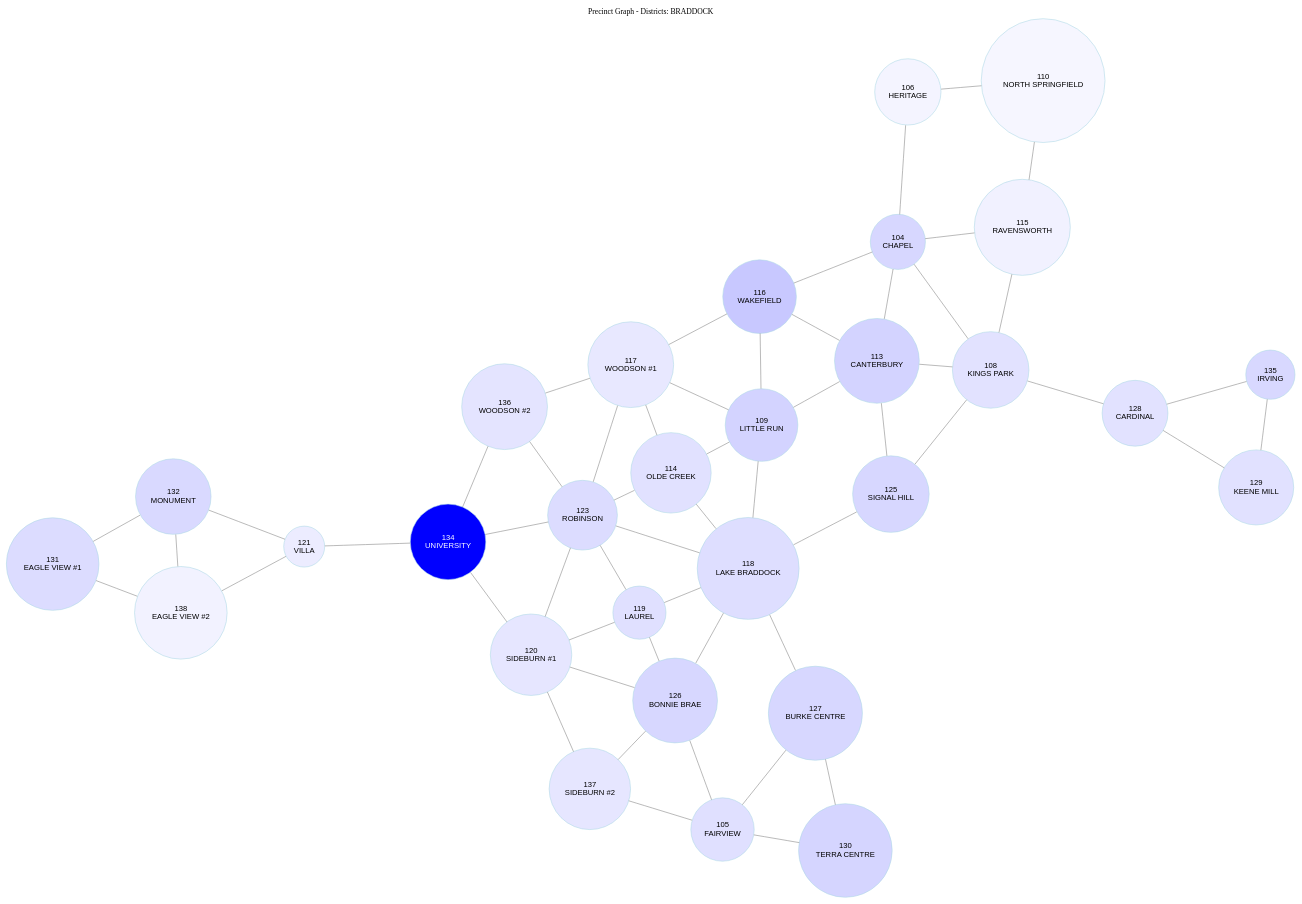
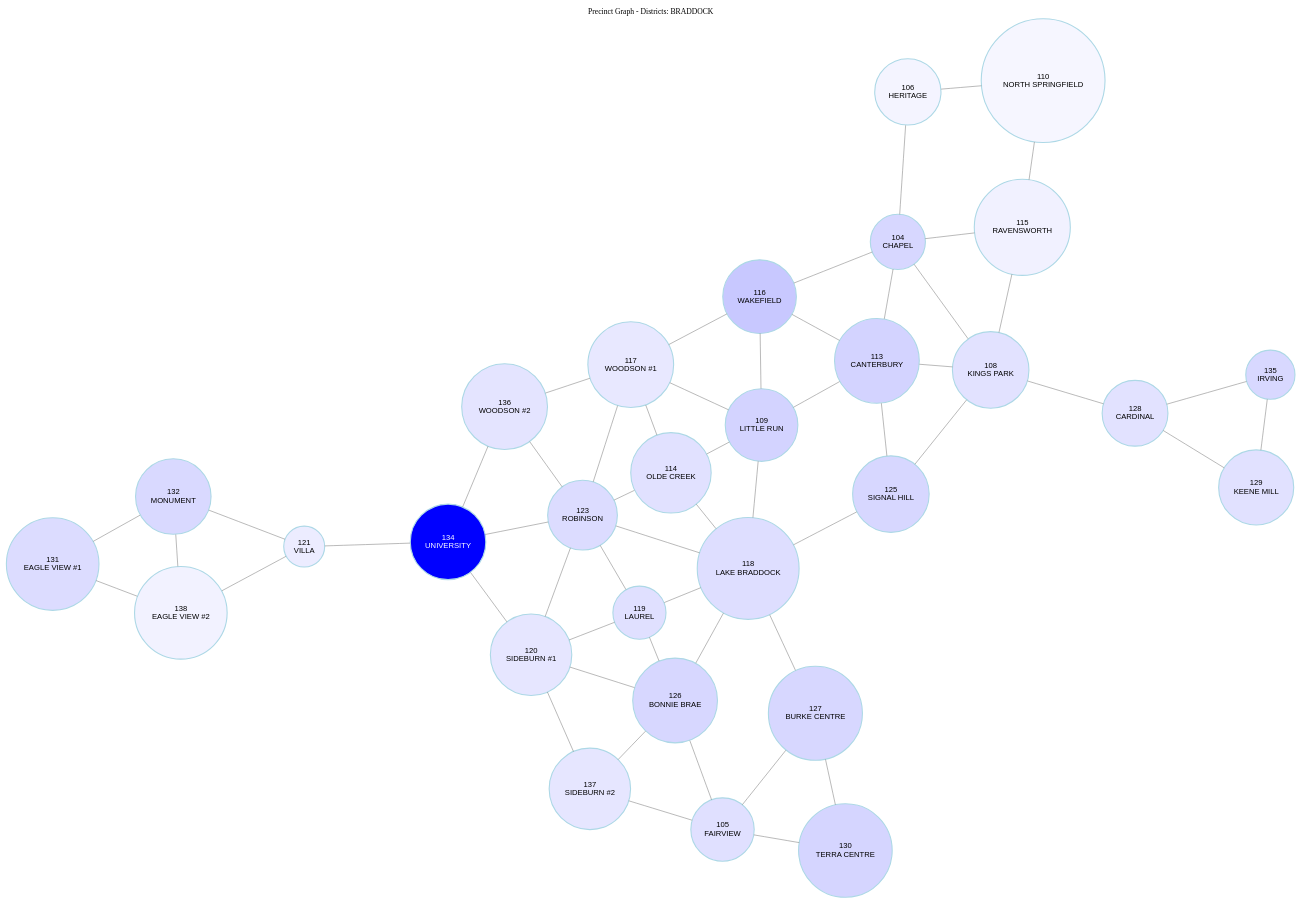
The diagram in data/precinct_graph.dot (osistlk/Documents), drawn with Graphviz before and after one commit. The commit also changed 2 other files, not shown here.

Commit message:
Update precinct graph configuration to enhance styling and readability; adjust node properties and background color

```diff
--- a/data/precinct_graph.dot
+++ b/data/precinct_graph.dot
@@ -1,94 +1,95 @@
-graph precinct_graph {
-    label = "Precinct Graph - Districts: BRADDOCK";
-    labelloc = "t";
-    fontcolor = "black";
-    bgcolor = "white";
-    layout = neato;
-    overlap = false;
-    splines = true;
-    node [shape = circle; style = filled; color = lightblue; fontname = "Arial";];
-    edge [color = gray; arrowhead = none;];
-    138 [label = "138\nEAGLE VIEW #2";fillcolor = "#f2f2ff";fontcolor = "black";];
-    137 [label = "137\nSIDEBURN #2";fillcolor = "#e6e6ff";fontcolor = "black";];
-    136 [label = "136\nWOODSON #2";fillcolor = "#e4e4ff";fontcolor = "black";];
-    135 [label = "135\nIRVING";fillcolor = "#d8d8ff";fontcolor = "black";];
-    134 [label = "134\nUNIVERSITY";fillcolor = "#0000ff";fontcolor = "white";];
-    134 -- 136;
-    132 [label = "132\nMONUMENT";fillcolor = "#d9d9ff";fontcolor = "black";];
-    132 -- 138;
-    131 [label = "131\nEAGLE VIEW #1";fillcolor = "#dcdcff";fontcolor = "black";];
-    131 -- 132;
-    131 -- 138;
-    130 [label = "130\nTERRA CENTRE";fillcolor = "#d5d5ff";fontcolor = "black";];
-    129 [label = "129\nKEENE MILL";fillcolor = "#e1e1ff";fontcolor = "black";];
-    129 -- 135;
-    128 [label = "128\nCARDINAL";fillcolor = "#e2e2ff";fontcolor = "black";];
-    128 -- 129;
-    128 -- 135;
-    127 [label = "127\nBURKE CENTRE";fillcolor = "#d7d7ff";fontcolor = "black";];
-    127 -- 130;
-    126 [label = "126\nBONNIE BRAE";fillcolor = "#d7d7ff";fontcolor = "black";];
-    126 -- 137;
-    125 [label = "125\nSIGNAL HILL";fillcolor = "#d7d7ff";fontcolor = "black";];
-    123 [label = "123\nROBINSON";fillcolor = "#dcdcff";fontcolor = "black";];
-    123 -- 134;
-    123 -- 136;
-    121 [label = "121\nVILLA";fillcolor = "#ececff";fontcolor = "black";];
-    121 -- 132;
-    121 -- 134;
-    121 -- 138;
-    120 [label = "120\nSIDEBURN #1";fillcolor = "#e6e6ff";fontcolor = "black";];
-    120 -- 123;
-    120 -- 126;
-    120 -- 134;
-    120 -- 137;
-    119 [label = "119\nLAUREL";fillcolor = "#e0e0ff";fontcolor = "black";];
-    119 -- 120;
-    119 -- 123;
-    119 -- 126;
-    118 [label = "118\nLAKE BRADDOCK";fillcolor = "#dedeff";fontcolor = "black";];
-    118 -- 119;
-    118 -- 123;
-    118 -- 125;
-    118 -- 126;
-    118 -- 127;
-    117 [label = "117\nWOODSON #1";fillcolor = "#e8e8ff";fontcolor = "black";];
-    117 -- 123;
-    117 -- 136;
-    116 [label = "116\nWAKEFIELD";fillcolor = "#c8c8ff";fontcolor = "black";];
-    116 -- 117;
-    115 [label = "115\nRAVENSWORTH";fillcolor = "#f1f1ff";fontcolor = "black";];
-    114 [label = "114\nOLDE CREEK";fillcolor = "#e1e1ff";fontcolor = "black";];
-    114 -- 117;
-    114 -- 118;
-    114 -- 123;
-    113 [label = "113\nCANTERBURY";fillcolor = "#d3d3ff";fontcolor = "black";];
-    113 -- 116;
-    113 -- 125;
-    110 [label = "110\nNORTH SPRINGFIELD";fillcolor = "#f6f6ff";fontcolor = "black";];
-    110 -- 115;
-    109 [label = "109\nLITTLE RUN";fillcolor = "#d3d3ff";fontcolor = "black";];
-    109 -- 113;
-    109 -- 114;
-    109 -- 116;
-    109 -- 117;
-    109 -- 118;
-    108 [label = "108\nKINGS PARK";fillcolor = "#e2e2ff";fontcolor = "black";];
-    108 -- 113;
-    108 -- 115;
-    108 -- 125;
-    108 -- 128;
-    106 [label = "106\nHERITAGE";fillcolor = "#f4f4ff";fontcolor = "black";];
-    106 -- 110;
-    105 [label = "105\nFAIRVIEW";fillcolor = "#e0e0ff";fontcolor = "black";];
-    105 -- 126;
-    105 -- 127;
-    105 -- 130;
-    105 -- 137;
-    104 [label = "104\nCHAPEL";fillcolor = "#d7d7ff";fontcolor = "black";];
-    104 -- 106;
-    104 -- 108;
-    104 -- 113;
-    104 -- 115;
-    104 -- 116;
+graph G {
+    layout=neato;
+    overlap=false;
+    splines=true;
+    node [shape=circle, style=filled, color=lightblue, fontname="Arial", penwidth=2];
+    edge [color=gray, arrowhead=none];
+    bgcolor="#fff8e1";
+label="Precinct Graph - Districts: BRADDOCK";
+labelloc="t";
+fontcolor="black";
+bgcolor="white";
+138 [label="138\nEAGLE VIEW #2", fillcolor="#f2f2ff", fontcolor="black"];
+137 [label="137\nSIDEBURN #2", fillcolor="#e6e6ff", fontcolor="black"];
+136 [label="136\nWOODSON #2", fillcolor="#e4e4ff", fontcolor="black"];
+135 [label="135\nIRVING", fillcolor="#d8d8ff", fontcolor="black"];
+134 [label="134\nUNIVERSITY", fillcolor="#0000ff", fontcolor="white"];
+134 -- 136;
+132 [label="132\nMONUMENT", fillcolor="#d9d9ff", fontcolor="black"];
+132 -- 138;
+131 [label="131\nEAGLE VIEW #1", fillcolor="#dcdcff", fontcolor="black"];
+131 -- 132;
+131 -- 138;
+130 [label="130\nTERRA CENTRE", fillcolor="#d5d5ff", fontcolor="black"];
+129 [label="129\nKEENE MILL", fillcolor="#e1e1ff", fontcolor="black"];
+129 -- 135;
+128 [label="128\nCARDINAL", fillcolor="#e2e2ff", fontcolor="black"];
+128 -- 129;
+128 -- 135;
+127 [label="127\nBURKE CENTRE", fillcolor="#d7d7ff", fontcolor="black"];
+127 -- 130;
+126 [label="126\nBONNIE BRAE", fillcolor="#d7d7ff", fontcolor="black"];
+126 -- 137;
+125 [label="125\nSIGNAL HILL", fillcolor="#d7d7ff", fontcolor="black"];
+123 [label="123\nROBINSON", fillcolor="#dcdcff", fontcolor="black"];
+123 -- 134;
+123 -- 136;
+121 [label="121\nVILLA", fillcolor="#ececff", fontcolor="black"];
+121 -- 132;
+121 -- 134;
+121 -- 138;
+120 [label="120\nSIDEBURN #1", fillcolor="#e6e6ff", fontcolor="black"];
+120 -- 123;
+120 -- 126;
+120 -- 134;
+120 -- 137;
+119 [label="119\nLAUREL", fillcolor="#e0e0ff", fontcolor="black"];
+119 -- 120;
+119 -- 123;
+119 -- 126;
+118 [label="118\nLAKE BRADDOCK", fillcolor="#dedeff", fontcolor="black"];
+118 -- 119;
+118 -- 123;
+118 -- 125;
+118 -- 126;
+118 -- 127;
+117 [label="117\nWOODSON #1", fillcolor="#e8e8ff", fontcolor="black"];
+117 -- 123;
+117 -- 136;
+116 [label="116\nWAKEFIELD", fillcolor="#c8c8ff", fontcolor="black"];
+116 -- 117;
+115 [label="115\nRAVENSWORTH", fillcolor="#f1f1ff", fontcolor="black"];
+114 [label="114\nOLDE CREEK", fillcolor="#e1e1ff", fontcolor="black"];
+114 -- 117;
+114 -- 118;
+114 -- 123;
+113 [label="113\nCANTERBURY", fillcolor="#d3d3ff", fontcolor="black"];
+113 -- 116;
+113 -- 125;
+110 [label="110\nNORTH SPRINGFIELD", fillcolor="#f6f6ff", fontcolor="black"];
+110 -- 115;
+109 [label="109\nLITTLE RUN", fillcolor="#d3d3ff", fontcolor="black"];
+109 -- 113;
+109 -- 114;
+109 -- 116;
+109 -- 117;
+109 -- 118;
+108 [label="108\nKINGS PARK", fillcolor="#e2e2ff", fontcolor="black"];
+108 -- 113;
+108 -- 115;
+108 -- 125;
+108 -- 128;
+106 [label="106\nHERITAGE", fillcolor="#f4f4ff", fontcolor="black"];
+106 -- 110;
+105 [label="105\nFAIRVIEW", fillcolor="#e0e0ff", fontcolor="black"];
+105 -- 126;
+105 -- 127;
+105 -- 130;
+105 -- 137;
+104 [label="104\nCHAPEL", fillcolor="#d7d7ff", fontcolor="black"];
+104 -- 106;
+104 -- 108;
+104 -- 113;
+104 -- 115;
+104 -- 116;
 }
```
